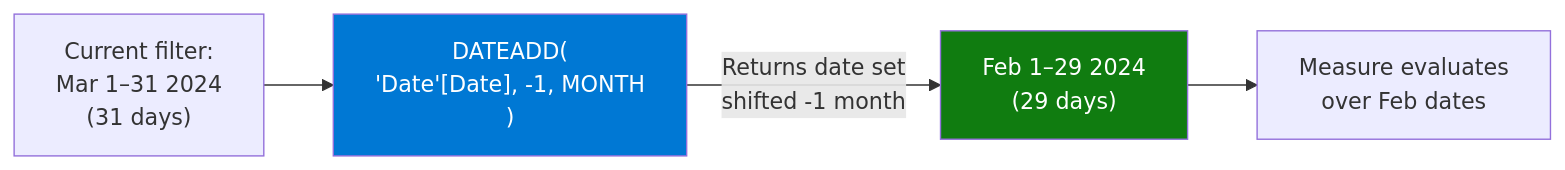
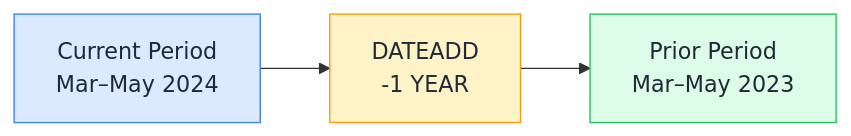
The diagram in patterns/dateadd.md (behnia137/dax-visual), drawn with Mermaid before and after one commit. The commit also changed other lines of this file and 21 other files, not shown here.

````diff
--- a/patterns/dateadd.md
+++ b/patterns/dateadd.md
@@ -11,9 +7,8 @@
 ```mermaid
 flowchart LR
-    A["Current filter:\nMar 1–31 2024\n(31 days)"] --> B["DATEADD(\n  'Date'[Date], -1, MONTH\n)"]
-    B -->|"Returns date set\nshifted -1 month"| C["Feb 1–29 2024\n(29 days)"]
-    C --> D["Measure evaluates\nover Feb dates"]
-
-    style B fill:#0078d4,color:#fff
-    style C fill:#107c10,color:#fff
+    A[Current Period\nMar–May 2024] --> B[DATEADD\n-1 YEAR]
+    B --> C[Prior Period\nMar–May 2023]
+    style A fill:#dbeafe,stroke:#3b82f6,color:#1f2937
+    style B fill:#fef3c7,stroke:#f59e0b,color:#1f2937
+    style C fill:#dcfce7,stroke:#22c55e,color:#1f2937
 ```
````
